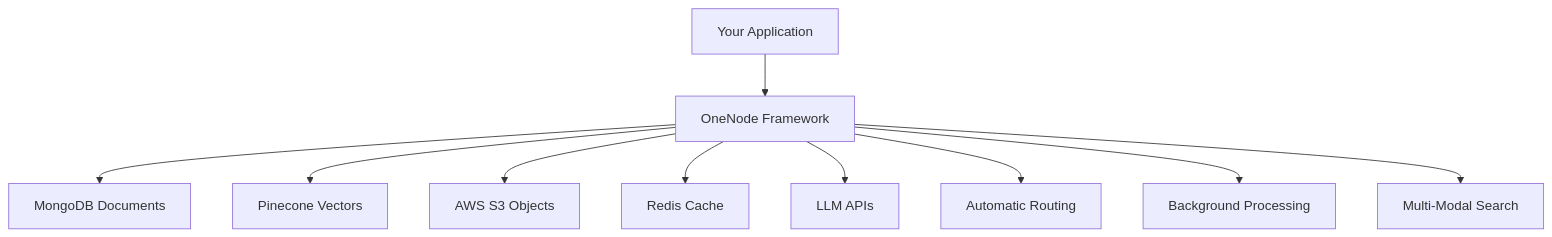
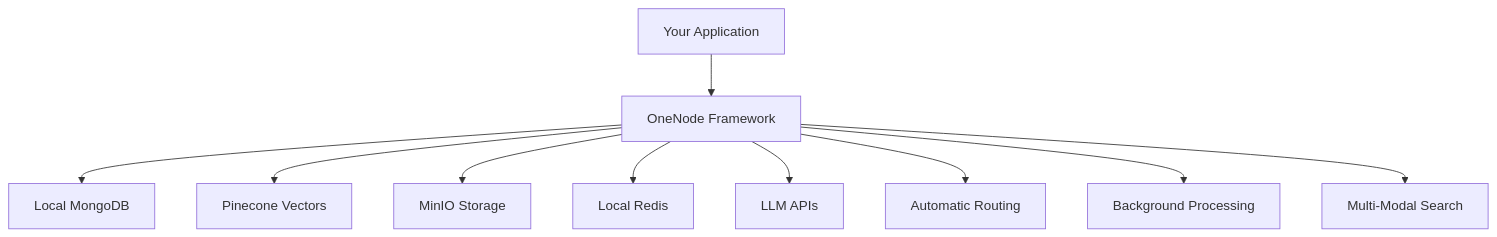
Before and after one commit to onenodehq/onenode: the diagram in README.md, drawn with Mermaid. The commit also changed other lines of this file, not shown here.

````diff
--- a/README.md
+++ b/README.md
@@ -139,13 +170,13 @@
 ```mermaid
 graph TB
-    A[OneNode Framework] --> B[MongoDB Documents]
+    A[OneNode Framework] --> B[Local MongoDB]
     A --> C[Pinecone Vectors] 
-    A --> D[AWS S3 Objects]
-    A --> E[Redis Cache]
+    A --> D[MinIO Storage]
+    A --> E[Local Redis]
     A --> F[LLM APIs]
     
     G[Your Application] --> A
     A --> H[Automatic Routing]
     A --> I[Background Processing]
     A --> J[Multi-Modal Search]
 ```
````
